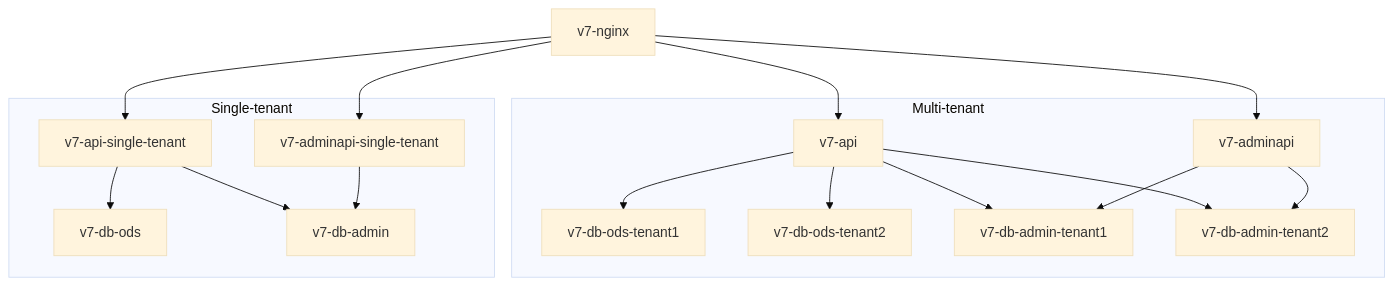
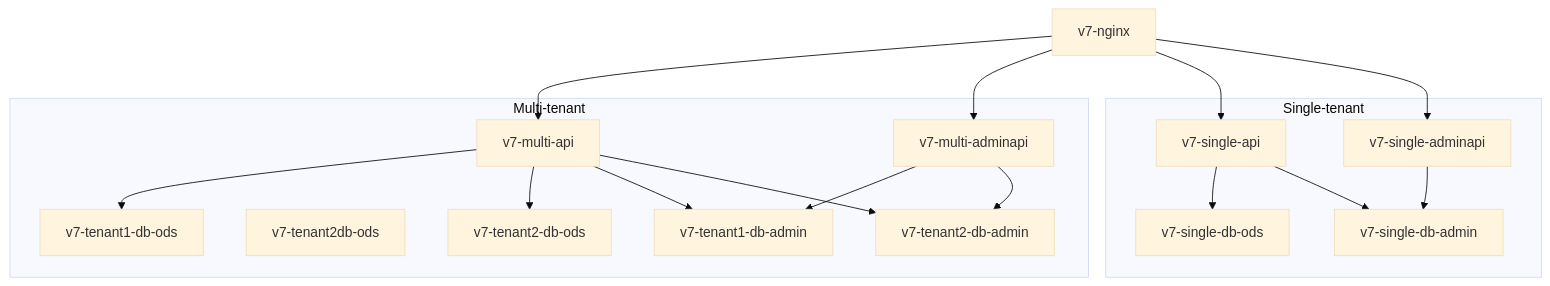
One commit to CSR2017/Ed-Fi-AdminApp changed the second of 3 diagrams in compose/readme.md. Above: the diagram before and after it, drawn with Mermaid (base theme). The commit also changed other lines of this file and 30 other files, not shown here.

````diff
--- a/compose/readme.md
+++ b/compose/readme.md
@@ -26,30 +26,30 @@
 ```mermaid
 graph TD
     subgraph Multi-tenant
-        v7-db-ods-tenant1
-        v7-db-ods-tenant2
-        v7-db-admin-tenant1
-        v7-db-admin-tenant2
-        v7-api --> v7-db-ods-tenant1
-        v7-api --> v7-db-ods-tenant2
-        v7-api --> v7-db-admin-tenant1
-        v7-api --> v7-db-admin-tenant2
-        v7-adminapi --> v7-db-admin-tenant1
-        v7-adminapi --> v7-db-admin-tenant2
+        v7-tenant1-db-ods
+        v7-tenant2db-ods
+        v7-tenant1-db-admin
+        v7-tenant2-db-admin
+        v7-multi-api --> v7-tenant1-db-ods
+        v7-multi-api --> v7-tenant2-db-ods
+        v7-multi-api --> v7-tenant1-db-admin
+        v7-multi-api --> v7-tenant2-db-admin
+        v7-multi-adminapi --> v7-tenant1-db-admin
+        v7-multi-adminapi --> v7-tenant2-db-admin
     end
 
     subgraph Single-tenant
-        v7-db-ods
-        v7-db-admin
-        v7-api-single-tenant
-        v7-api-single-tenant --> v7-db-ods
-        v7-api-single-tenant --> v7-db-admin
-        v7-adminapi-single-tenant --> v7-db-admin
+        v7-single-db-ods
+        v7-single-db-admin
+        v7-single-api
+        v7-single-api --> v7-single-db-ods
+        v7-single-api --> v7-single-db-admin
+        v7-single-adminapi --> v7-single-db-admin
     end
 
-  v7-nginx --> v7-api
-  v7-nginx --> v7-adminapi
+  v7-nginx --> v7-multi-api
+  v7-nginx --> v7-multi-adminapi
 
-  v7-nginx --> v7-api-single-tenant
-  v7-nginx --> v7-adminapi-single-tenant
+  v7-nginx --> v7-single-api
+  v7-nginx --> v7-single-adminapi
 ```
````
